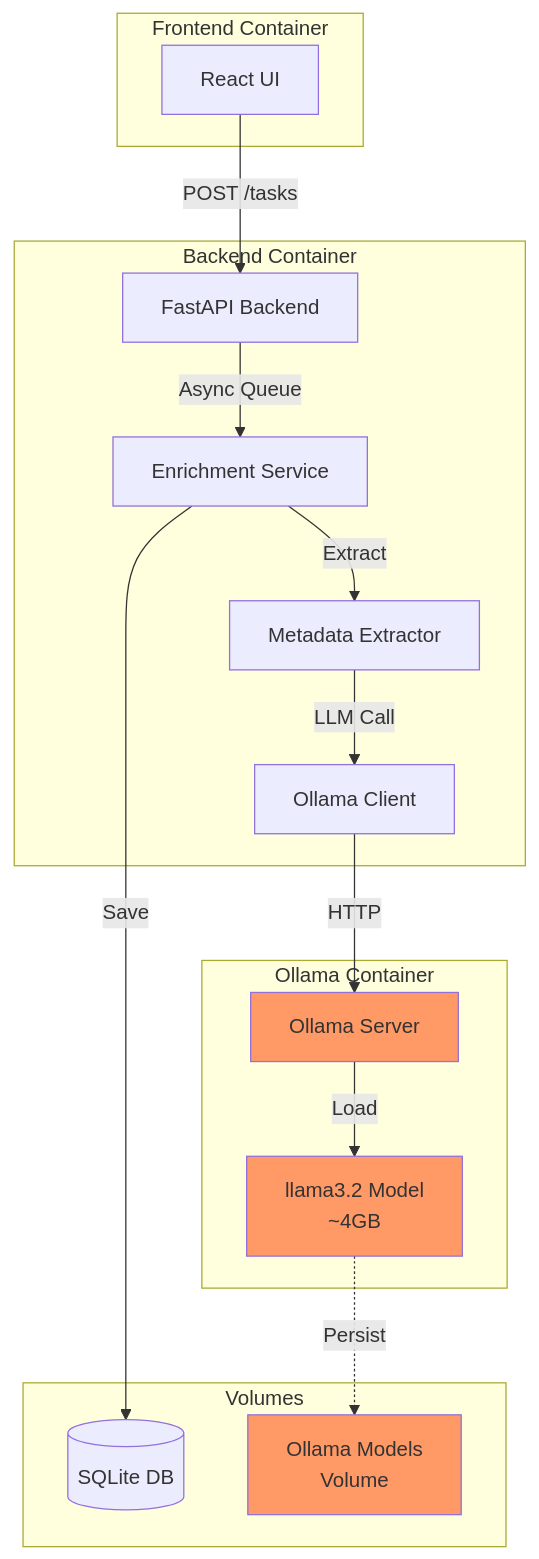
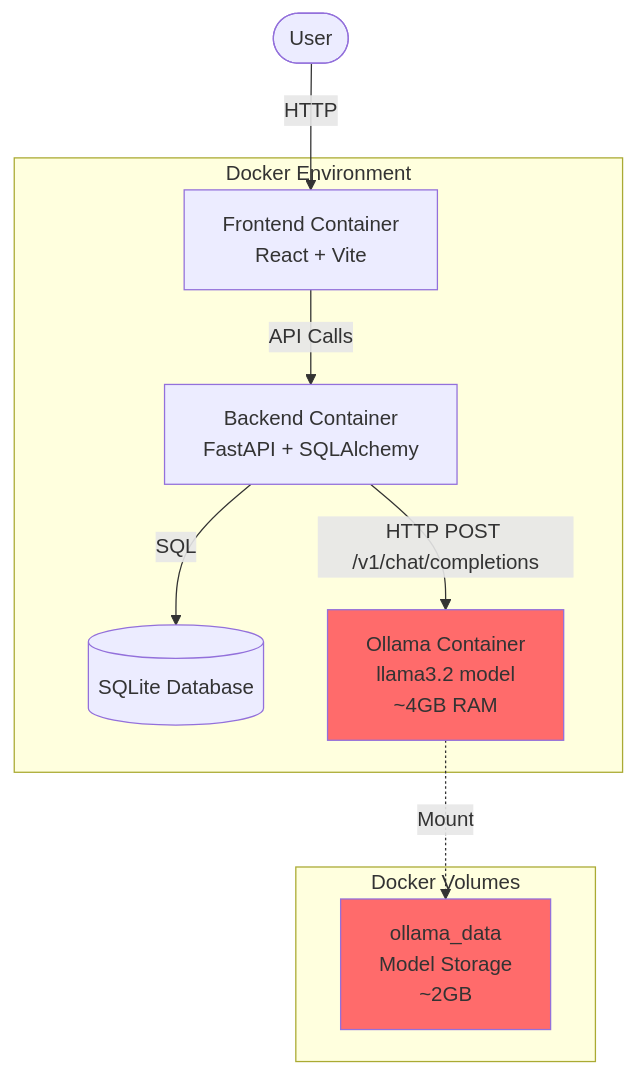
Before and after one commit to manicqin2/task_master: the first of 7 diagrams in specs/006-gemini-llm/architecture.md, drawn with Mermaid. The commit also changed other lines of this file and 2 other files, not shown here.

First line of the commit message:
docs: Complete Feature 006 specification with architecture diagrams and quantified criteria

````diff
--- a/specs/006-gemini-llm/architecture.md
+++ b/specs/006-gemini-llm/architecture.md
@@ -13,36 +17,24 @@
 ```mermaid
 graph TB
-    subgraph "Frontend Container"
-        UI[React UI]
+    subgraph "Docker Environment"
+        Frontend[Frontend Container<br/>React + Vite]
+        Backend[Backend Container<br/>FastAPI + SQLAlchemy]
+        DB[(SQLite Database)]
+        Ollama[Ollama Container<br/>llama3.2 model<br/>~4GB RAM]
     end
 
-    subgraph "Backend Container"
-        API[FastAPI Backend]
-        ES[Enrichment Service]
-        ME[Metadata Extractor]
-        OC[Ollama Client]
+    subgraph "Docker Volumes"
+        OllamaData[ollama_data<br/>Model Storage<br/>~2GB]
     end
 
-    subgraph "Ollama Container"
-        OLL[Ollama Server]
-        MODEL[llama3.2 Model<br/>~4GB]
-    end
+    User([User]) -->|HTTP| Frontend
+    Frontend -->|API Calls| Backend
+    Backend -->|SQL| DB
+    Backend -->|HTTP POST /v1/chat/completions| Ollama
+    Ollama -.->|Mount| OllamaData
 
-    subgraph "Volumes"
-        DB[(SQLite DB)]
-        VOL[Ollama Models<br/>Volume]
-    end
+    style Ollama fill:#ff6b6b
+    style OllamaData fill:#ff6b6b
 
-    UI -->|POST /tasks| API
-    API -->|Async Queue| ES
-    ES -->|Extract| ME
-    ME -->|LLM Call| OC
-    OC -->|HTTP| OLL
-    OLL -->|Load| MODEL
-    MODEL -.->|Persist| VOL
-    ES -->|Save| DB
-
-    style OLL fill:#f96
-    style MODEL fill:#f96
-    style VOL fill:#f96
+    classDef removed fill:#ff6b6b,stroke:#c92a2a,stroke-width:2px
 ```
````
